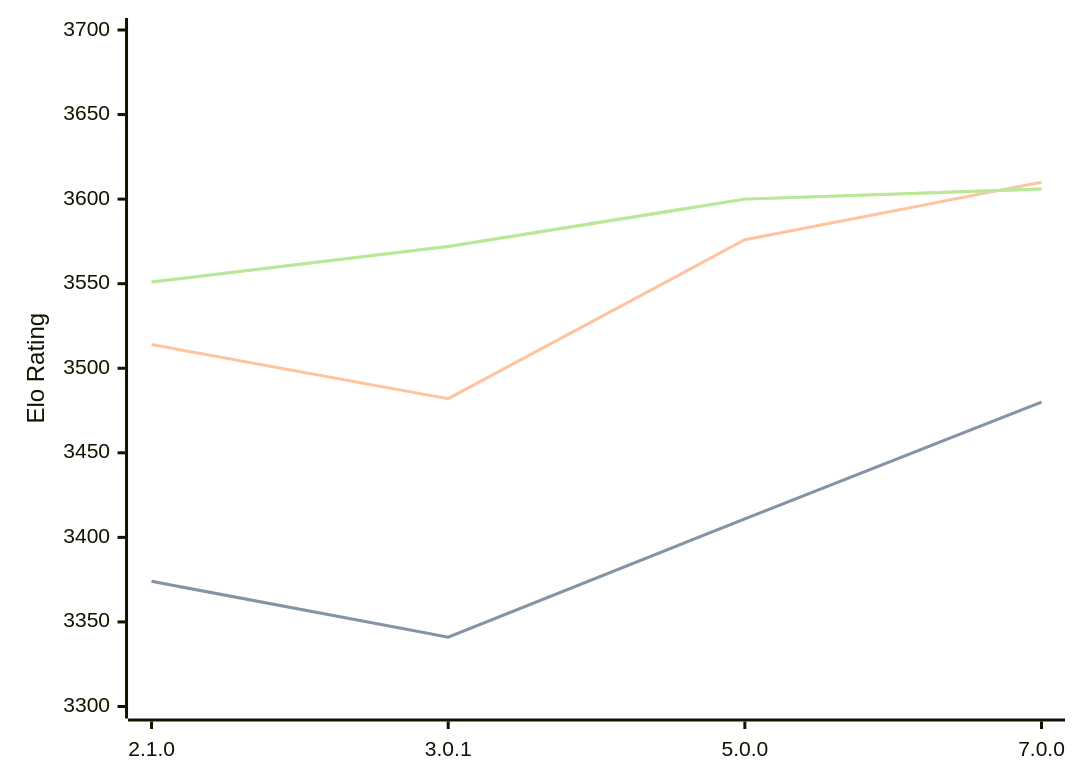
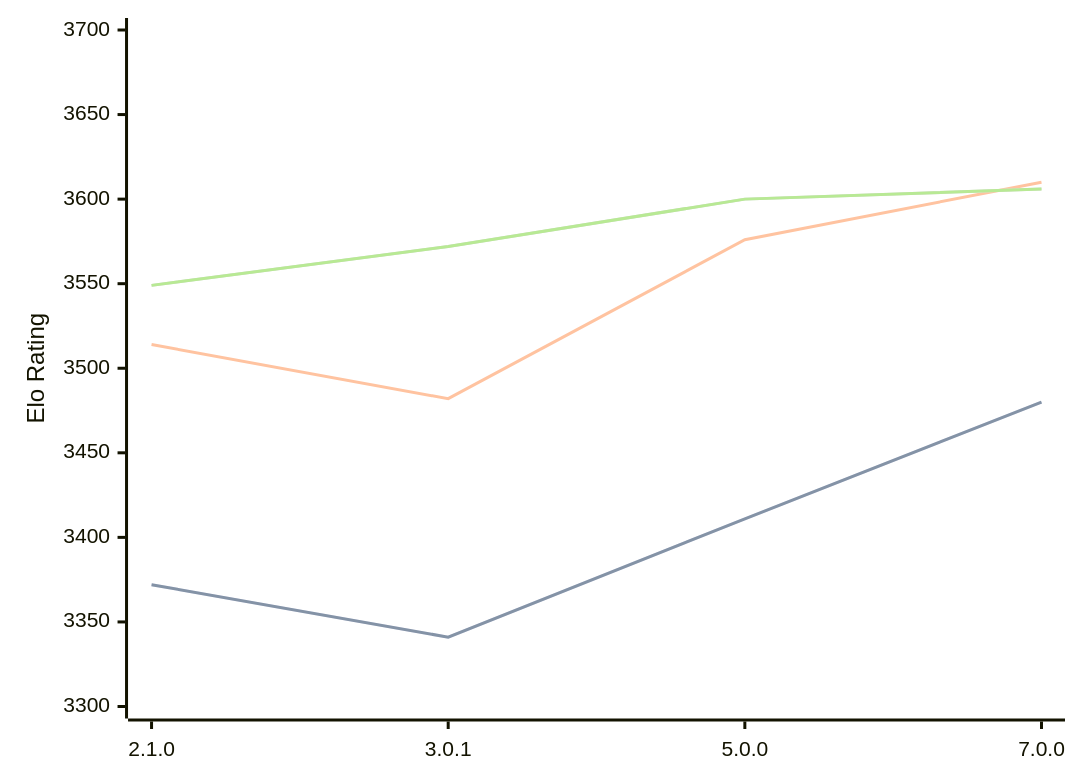
One commit to computer-chess-index/cci changed the diagram in engines/PlentyChess.md. Above: the diagram before and after it, drawn with Mermaid. The commit also changed other lines of this file, not shown here.

Commit message:
Update CCI Ratings (ELO VLTC) - 2026-05-07

````diff
--- a/engines/PlentyChess.md
+++ b/engines/PlentyChess.md
@@ -45,11 +45,11 @@
 ```mermaid
 %%{init: {"theme":"base","themeVariables":{"seriesColors:['#a3a3a3','#222221','#faa371']}}}%%
 xychart-beta
   x-axis ["2.1.0", "3.0.1", "5.0.0", "7.0.0"]
   y-axis "Elo Rating" 3300 --> 3700
-  line "STC (8.0+0.08s)" [3374, 3341, 3411, 3480]
-  line "STC (8.0+0.08s)" [3374, 3341, 3411, 3480]
+  line "STC (8.0+0.08s)" [3372, 3341, 3411, 3480]
+  line "STC (8.0+0.08s)" [3372, 3341, 3411, 3480]
   line "LTC (60.0+0.60s)" [3514, 3482, 3576, 3610]
-  line "VLTC (2m24s+1.12s)" [3551, 3572, 3600, 3606]
-  line "VLTC (2m24s+1.12s)" [3551, 3572, 3600, 3606]
+  line "VLTC (2m24s+1.12s)" [3549, 3572, 3600, 3606]
+  line "VLTC (2m24s+1.12s)" [3549, 3572, 3600, 3606]
 ```
````
